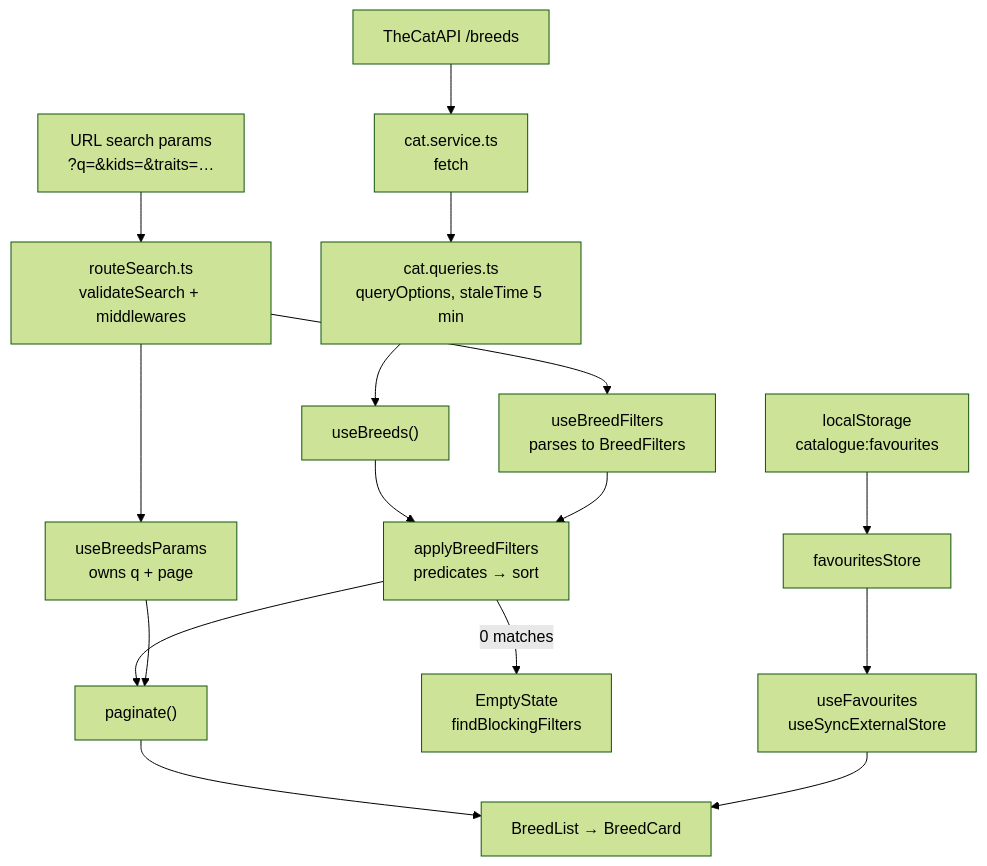
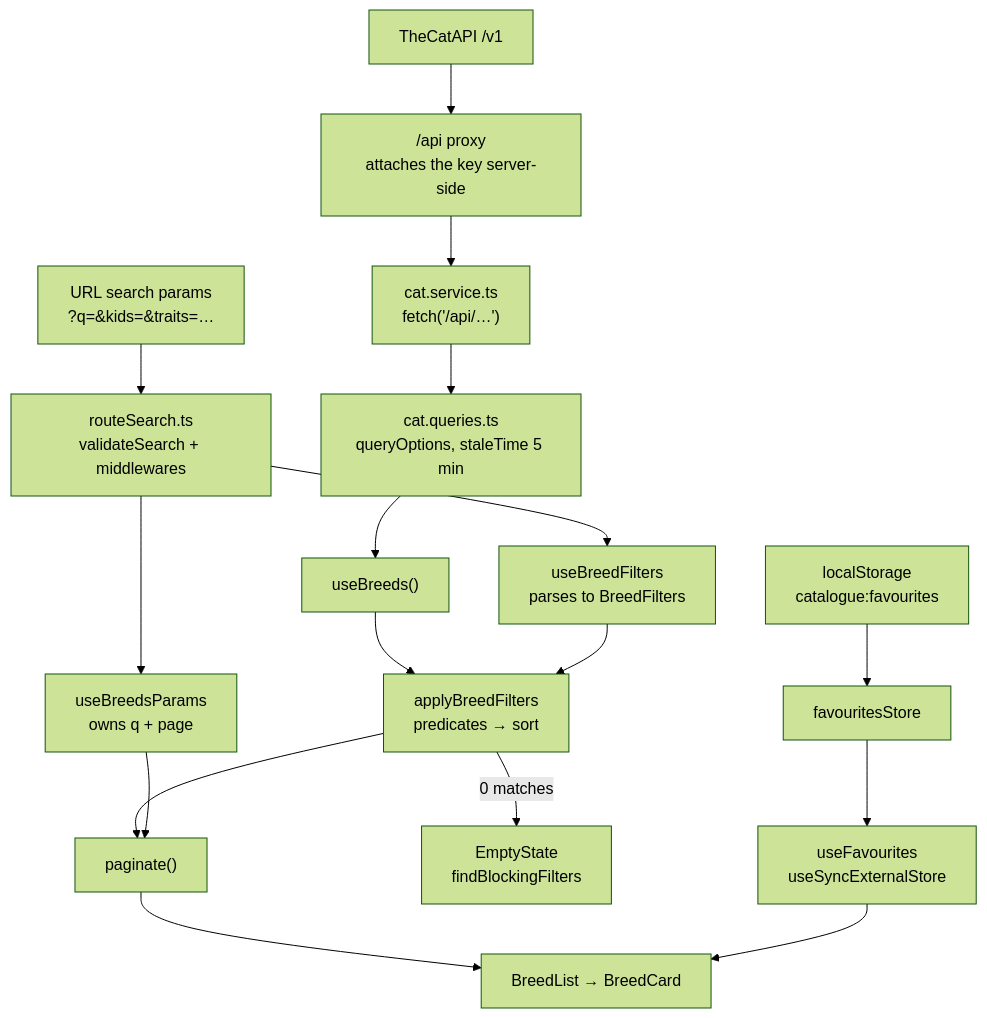
Before and after one commit to HukovaNastya/catalogue-app: the diagram in docs/architecture.md, drawn with Mermaid (forest theme). The commit also changed other lines of this file and 1 other file, not shown here.

````diff
--- a/docs/architecture.md
+++ b/docs/architecture.md
@@ -44,22 +44,23 @@
 ```mermaid
 flowchart TD
   URL["URL search params<br/>?q=&kids=&traits=…"] --> RS["routeSearch.ts<br/>validateSearch + middlewares"]
   RS --> UBF["useBreedFilters<br/>parses to BreedFilters"]
   RS --> UBP["useBreedsParams<br/>owns q + page"]
 
-  API["TheCatAPI /breeds"] --> SVC["cat.service.ts<br/>fetch"]
+  API["TheCatAPI /v1"] --> PX["/api proxy<br/>attaches the key server-side"]
+  PX --> SVC["cat.service.ts<br/>fetch('/api/…')"]
   SVC --> Q["cat.queries.ts<br/>queryOptions, staleTime 5 min"]
   Q --> UB["useBreeds()"]
 
   UB --> AF["applyBreedFilters<br/>predicates → sort"]
   UBF --> AF
   AF --> PG["paginate()"]
   UBP --> PG
   PG --> UI["BreedList → BreedCard"]
 
   AF -->|"0 matches"| ES["EmptyState<br/>findBlockingFilters"]
 
   LS["localStorage<br/>catalogue:favourites"] --> FS["favouritesStore"]
   FS --> UF["useFavourites<br/>useSyncExternalStore"]
   UF --> UI
 ```
````
